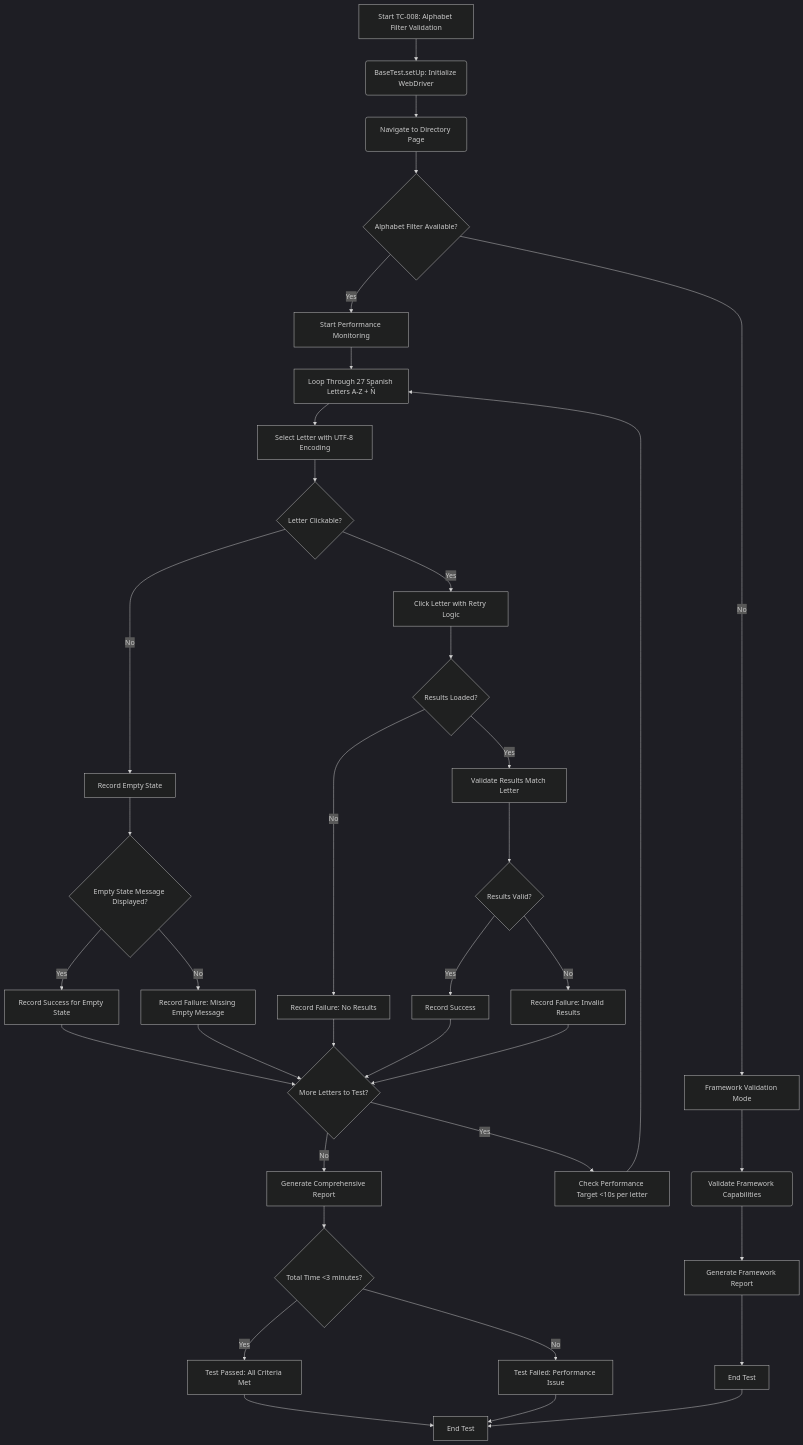
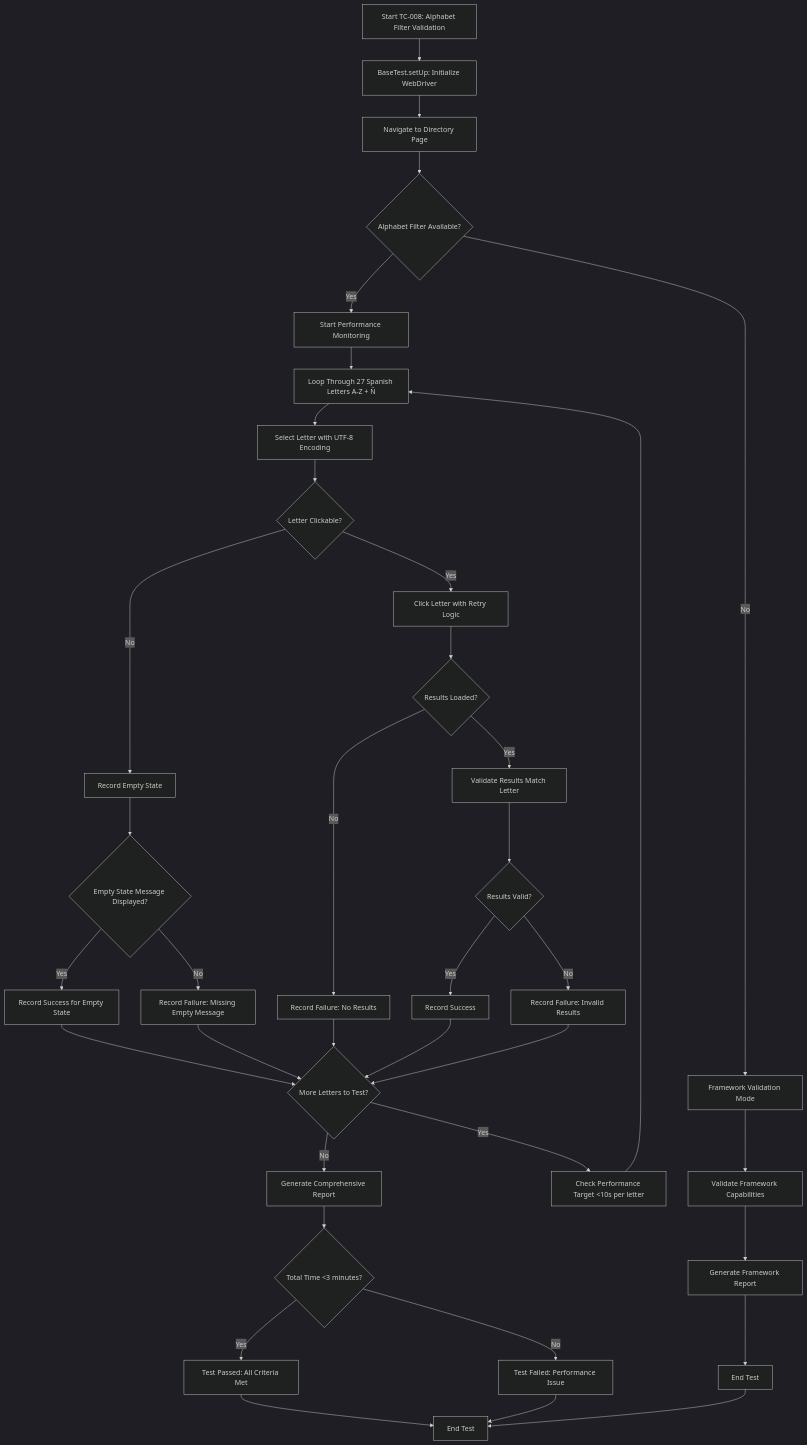
Before and after one commit to mandypepe/sdd_selenium: the seventh of 7 diagrams in README.md, drawn with Mermaid (dark theme).

Commit message:
:memo: add TC08 implementation

````diff
--- a/README.md
+++ b/README.md
@@ -296,50 +296,50 @@
 ```mermaid
-graph TD
-    A[Start TC-008: Alphabet Filter Validation] --> B(BaseTest.setUp: Initialize WebDriver);
-    B --> C(Navigate to Directory Page);
-    C --> D{Alphabet Filter Available?};
+flowchart TD
+    A["Start TC-008: Alphabet Filter Validation"] --> B["BaseTest.setUp: Initialize WebDriver"]
+    B --> C["Navigate to Directory Page"]
+    C --> D{Alphabet Filter Available?}
     
-    D -- No --> E[Framework Validation Mode];
-    E --> F(Validate Framework Capabilities);
-    F --> G[Generate Framework Report];
-    G --> H[End Test];
+    D -- No --> E["Framework Validation Mode"]
+    E --> F["Validate Framework Capabilities"]
+    F --> G["Generate Framework Report"]
+    G --> H["End Test"]
     
-    D -- Yes --> I[Start Performance Monitoring];
-    I --> J[Loop Through 27 Spanish Letters A-Z + Ñ];
+    D -- Yes --> I["Start Performance Monitoring"]
+    I --> J["Loop Through 27 Spanish Letters A-Z + Ñ"]
     
-    J --> K[Select Letter with UTF-8 Encoding];
-    K --> L{Letter Clickable?};
+    J --> K["Select Letter with UTF-8 Encoding"]
+    K --> L{Letter Clickable?}
     
-    L -- No --> M[Record Empty State];
-    M --> N{Empty State Message Displayed?};
-    N -- Yes --> O[Record Success for Empty State];
-    N -- No --> P[Record Failure: Missing Empty Message];
+    L -- No --> M["Record Empty State"]
+    M --> N{Empty State Message Displayed?}
+    N -- Yes --> O["Record Success for Empty State"]
+    N -- No --> P["Record Failure: Missing Empty Message"]
     
-    L -- Yes --> Q[Click Letter with Retry Logic];
-    Q --> R{Results Loaded?};
+    L -- Yes --> Q["Click Letter with Retry Logic"]
+    Q --> R{Results Loaded?}
     
-    R -- No --> S[Record Failure: No Results];
-    R -- Yes --> T[Validate Results Match Letter];
-    T --> U{Results Valid?};
+    R -- No --> S["Record Failure: No Results"]
+    R -- Yes --> T["Validate Results Match Letter"]
+    T --> U{Results Valid?}
     
-    U -- Yes --> V[Record Success];
-    U -- No --> W[Record Failure: Invalid Results];
+    U -- Yes --> V["Record Success"]
+    U -- No --> W["Record Failure: Invalid Results"]
     
-    O --> X{More Letters to Test?};
-    P --> X;
-    S --> X;
-    V --> X;
-    W --> X;
+    O --> X{More Letters to Test?}
+    P --> X
+    S --> X
+    V --> X
+    W --> X
     
-    X -- Yes --> Y[Check Performance Target <10s per letter];
-    Y --> J;
+    X -- Yes --> Y["Check Performance Target <10s per letter"]
+    Y --> J
     
-    X -- No --> Z[Generate Comprehensive Report];
-    Z --> AA{Total Time <3 minutes?};
-    AA -- Yes --> BB[Test Passed: All Criteria Met];
-    AA -- No --> CC[Test Failed: Performance Issue];
+    X -- No --> Z["Generate Comprehensive Report"]
+    Z --> AA{Total Time <3 minutes?}
+    AA -- Yes --> BB["Test Passed: All Criteria Met"]
+    AA -- No --> CC["Test Failed: Performance Issue"]
     
-    BB --> DD[End Test];
-    CC --> DD;
-    H --> DD;
+    BB --> DD["End Test"]
+    CC --> DD
+    H --> DD
 ```
````
